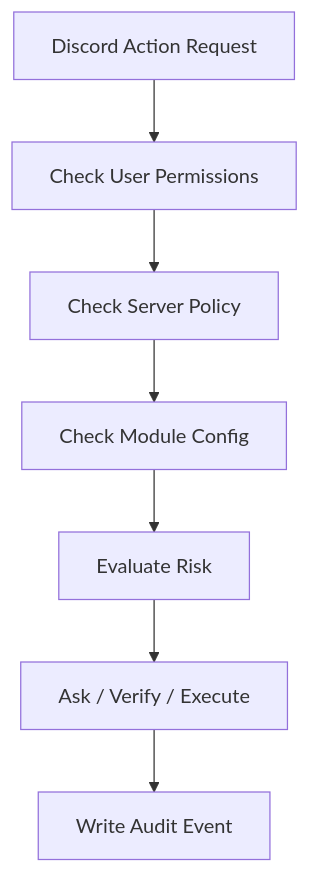
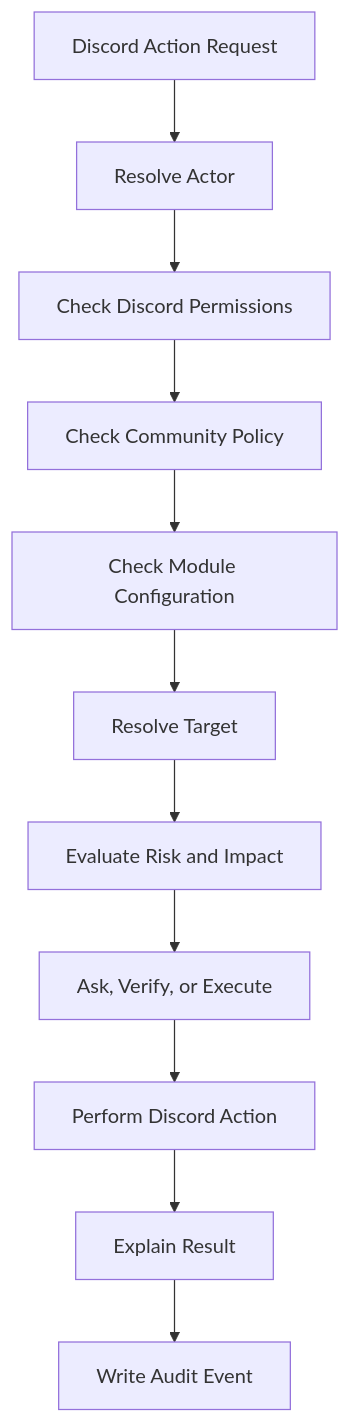
One commit to SinLess-Games/Aerealith changed the fifth of 5 diagrams in docs/vision/Trust Model.md. Above: the diagram before and after it, drawn with Mermaid. The commit also changed other lines of this file and 1352 other files, not shown here.

````diff
--- a/docs/vision/Trust Model.md
+++ b/docs/vision/Trust Model.md
@@ -413,17 +1113,25 @@
 ```mermaid
 flowchart TD
     Request["Discord Action Request"]
-    UserPerms["Check User Permissions"]
-    ServerPolicy["Check Server Policy"]
-    ModuleConfig["Check Module Config"]
-    Risk["Evaluate Risk"]
-    Approval["Ask / Verify / Execute"]
+    Identity["Resolve Actor"]
+    UserPerms["Check Discord Permissions"]
+    ServerPolicy["Check Community Policy"]
+    ModuleConfig["Check Module Configuration"]
+    Target["Resolve Target"]
+    Risk["Evaluate Risk and Impact"]
+    Approval["Ask, Verify, or Execute"]
+    Discord["Perform Discord Action"]
+    Explain["Explain Result"]
     Audit["Write Audit Event"]
 
-    Request --> UserPerms
+    Request --> Identity
+    Identity --> UserPerms
     UserPerms --> ServerPolicy
     ServerPolicy --> ModuleConfig
-    ModuleConfig --> Risk
+    ModuleConfig --> Target
+    Target --> Risk
     Risk --> Approval
-    Approval --> Audit
+    Approval --> Discord
+    Discord --> Explain
+    Explain --> Audit
 ```
````
